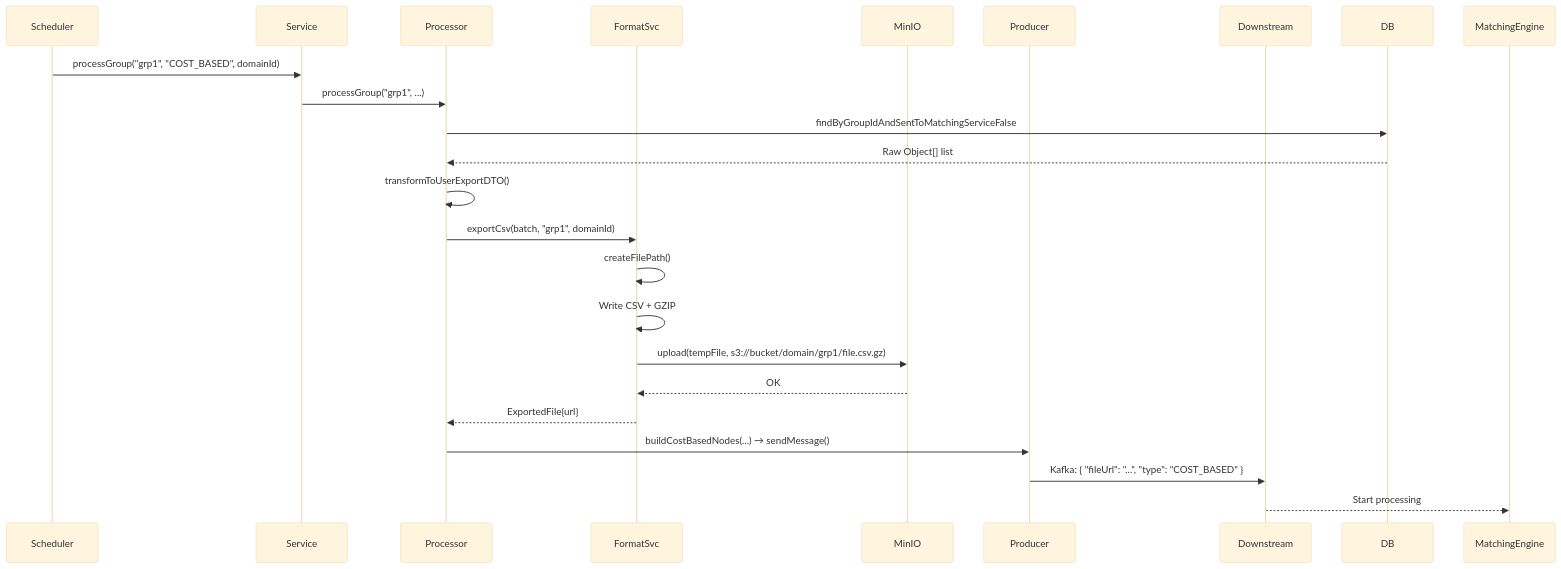
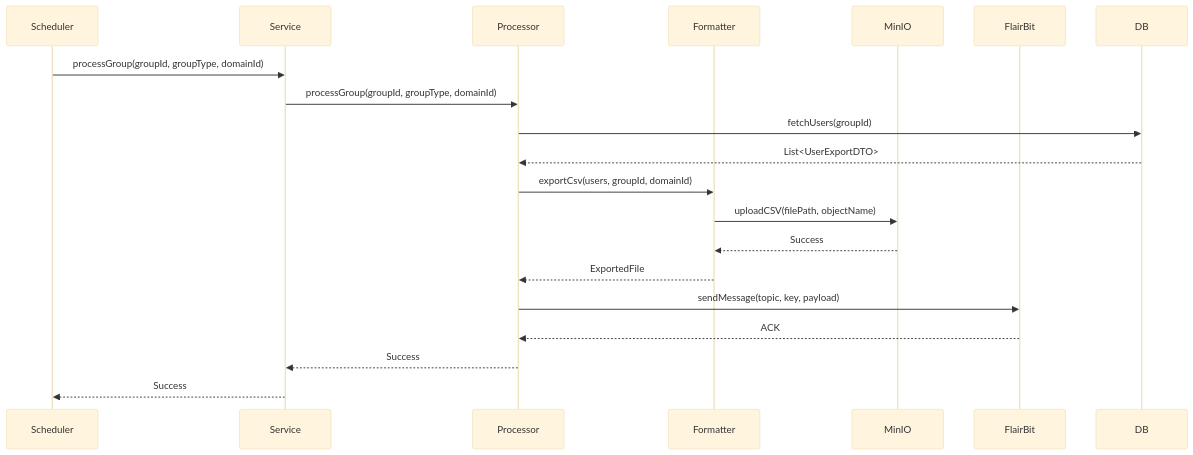
The third of 5 diagrams in docs/LLD/UsersExportLLD.md (kagit00/flairbit), drawn with Mermaid (base theme) before and after one commit. The commit also changed other lines of this file, not shown here.

````diff
--- a/docs/LLD/UsersExportLLD.md
+++ b/docs/LLD/UsersExportLLD.md
@@ -153,25 +82,22 @@
 ```mermaid
 sequenceDiagram
     participant Scheduler
     participant Service
     participant Processor
-    participant FormatSvc
+    participant Formatter
     participant MinIO
-    participant Producer
-    participant Downstream
+    participant FlairBit
 
-    Scheduler->>Service: processGroup("grp1", "COST_BASED", domainId)
-    Service->>Processor: processGroup("grp1", ...)
-    Processor->>DB: findByGroupIdAndSentToMatchingServiceFalse
-    DB-->>Processor: Raw Object[] list
-    Processor->>Processor: transformToUserExportDTO()
-    Processor->>FormatSvc: exportCsv(batch, "grp1", domainId)
-    FormatSvc->>FormatSvc: createFilePath()
-    FormatSvc->>FormatSvc: Write CSV + GZIP
-    FormatSvc->>MinIO: upload(tempFile, s3://bucket/domain/grp1/file.csv.gz)
-    MinIO-->>FormatSvc: OK
-    FormatSvc-->>Processor: ExportedFile{url}
-    Processor->>Producer: buildCostBasedNodes(...) → sendMessage()
-    Producer->>Downstream: Kafka: { "fileUrl": "...", "type": "COST_BASED" }
-    Downstream-->>MatchingEngine: Start processing
+    Scheduler->>Service: processGroup(groupId, groupType, domainId)
+    Service->>Processor: processGroup(groupId, groupType, domainId)
+    Processor->>DB: fetchUsers(groupId)
+    DB-->>Processor: List<UserExportDTO>
+    Processor->>Formatter: exportCsv(users, groupId, domainId)
+    Formatter->>MinIO: uploadCSV(filePath, objectName)
+    MinIO-->>Formatter: Success
+    Formatter-->>Processor: ExportedFile
+    Processor->>FlairBit: sendMessage(topic, key, payload)
+    FlairBit-->>Processor: ACK
+    Processor-->>Service: Success
+    Service-->>Scheduler: Success
 ```
````
